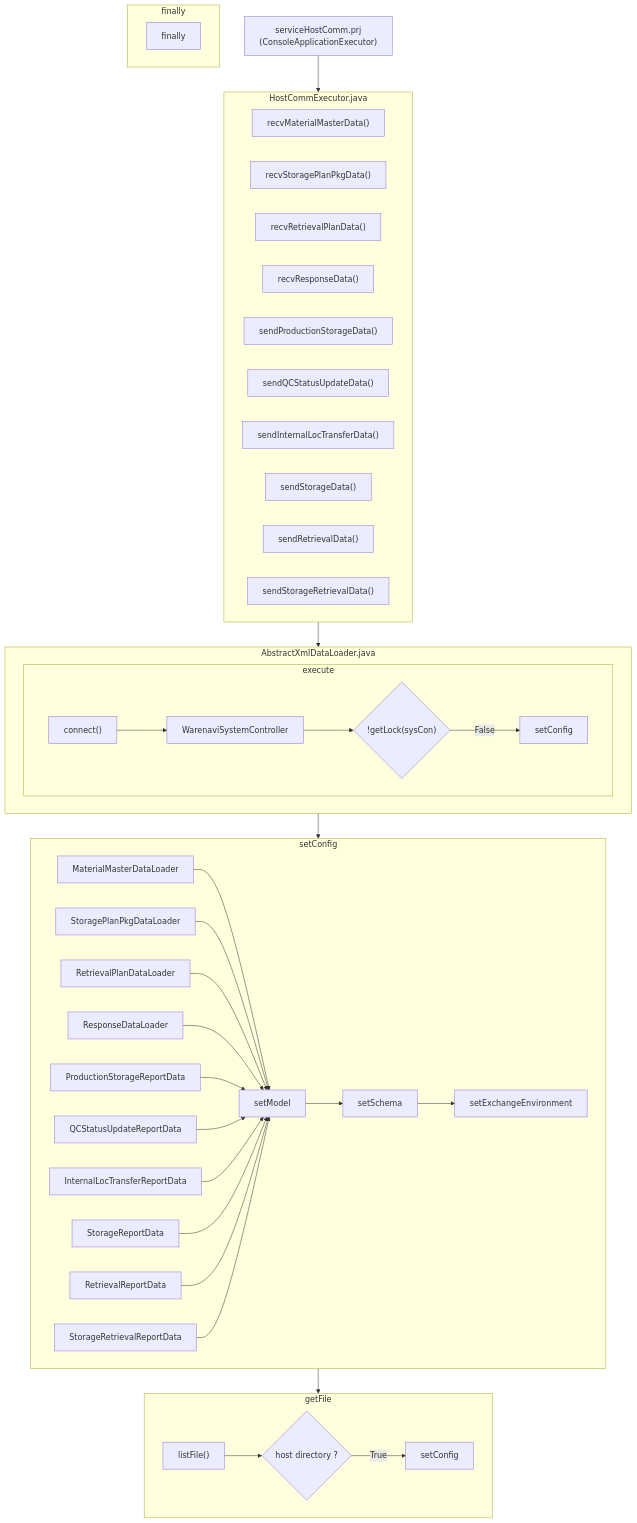
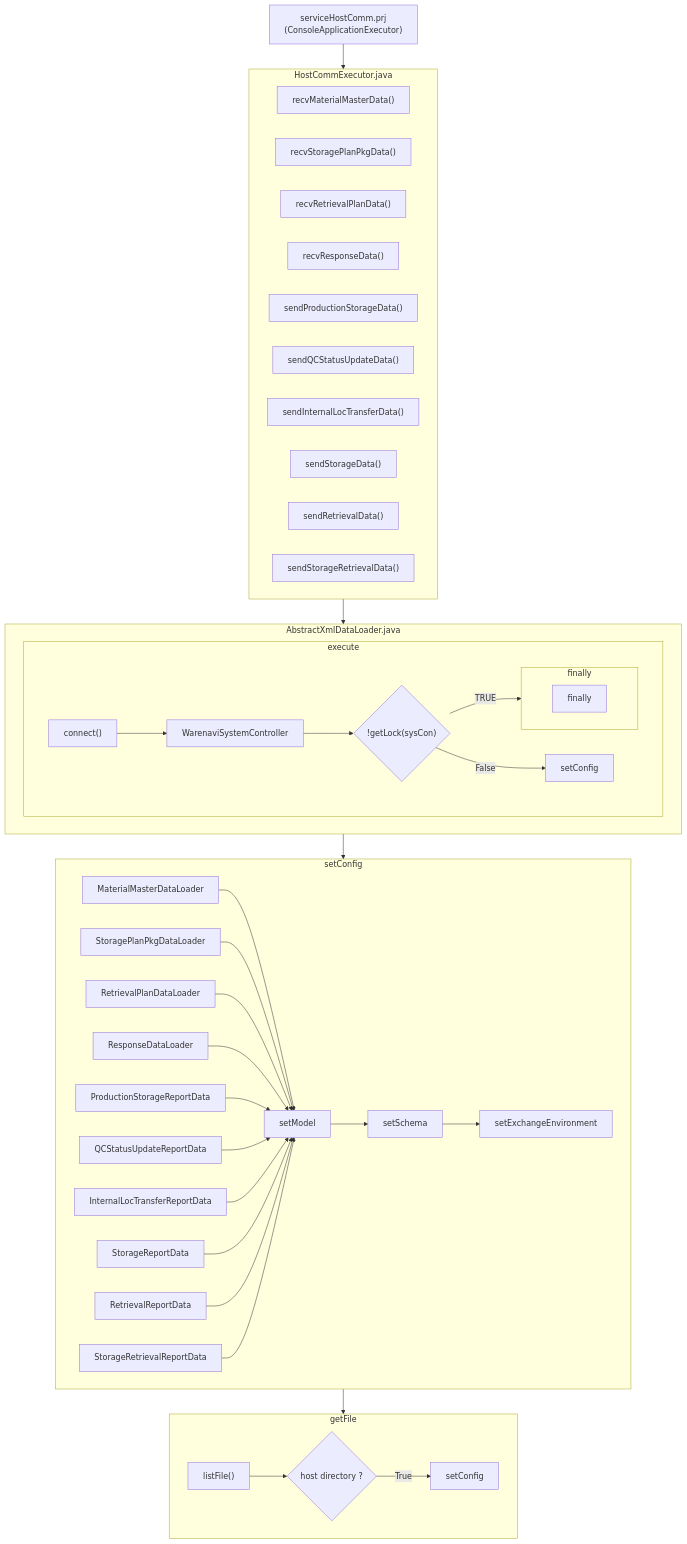
Before and after one commit to luthfiadityaa/SimeDarby-Wiki: the diagram in Basic-Design/Host-Interfaces.md, drawn with Mermaid.

Commit message:
Updated Host Interfaces

```diff
--- a/Basic-Design/Host-Interfaces.md
+++ b/Basic-Design/Host-Interfaces.md
@@ -30,77 +30,78 @@
 ::: mermaid
 flowchart TD
  C1["serviceHostComm.prj<br>(ConsoleApplicationExecutor)"]           
  C1 --> HostCommExecutor.java
  AbstractXmlDataLoader.java
  HostCommExecutor.java --> AbstractXmlDataLoader.java
  AbstractXmlDataLoader.java --> setConfig
  setConfig --> getFile
 
 subgraph HostCommExecutor.java
  C2["recvMaterialMasterData()"]
  C3["recvStoragePlanPkgData()"]
  C4["recvRetrievalPlanData()"]
  C5["recvResponseData()"]
  C6["sendProductionStorageData()"]
  C7["sendQCStatusUpdateData()"]
  C8["sendInternalLocTransferData()"]
  C9["sendStorageData()"]
  C10["sendRetrievalData()"]
  C11["sendStorageRetrievalData()"]
 end
 
 subgraph AbstractXmlDataLoader.java
  execute        
 end
 
 subgraph execute
  C13["connect()"]
  C14["WarenaviSystemController"]
  
  Cond1{"!getLock(sysCon)"} 
 
  C16["setConfig"]
 
  C13 --> C14 --> Cond1
  Cond1 --> |False| C16   
+ Cond1 --> |TRUE| finally
 end
 
 subgraph setConfig
 
  E11["setModel"]
  E12["setSchema"]
  E13["setExchangeEnvironment"]
 
  E11--> E12 --> E13
 
  C21["MaterialMasterDataLoader"] --> E11
  C22["StoragePlanPkgDataLoader"] --> E11
  C23["RetrievalPlanDataLoader"] --> E11
  C24["ResponseDataLoader"] --> E11
  C25["ProductionStorageReportData"] --> E11
  C26["QCStatusUpdateReportData"] --> E11
  C27["InternalLocTransferReportData"] --> E11
  C28["StorageReportData"] --> E11
  C29["RetrievalReportData"] --> E11
  C30["StorageRetrievalReportData"] --> E11
             
 end
 
 subgraph getFile
  C31["listFile()"]    
 
  Cond2{"host directory ?"}   
 
  C32["setConfig"]
 
  C31 --> Cond2
 
 Cond2 --> |True| C32
 
 end
 
 subgraph finally
  C15["finally"]
 end
 
 :::
```
